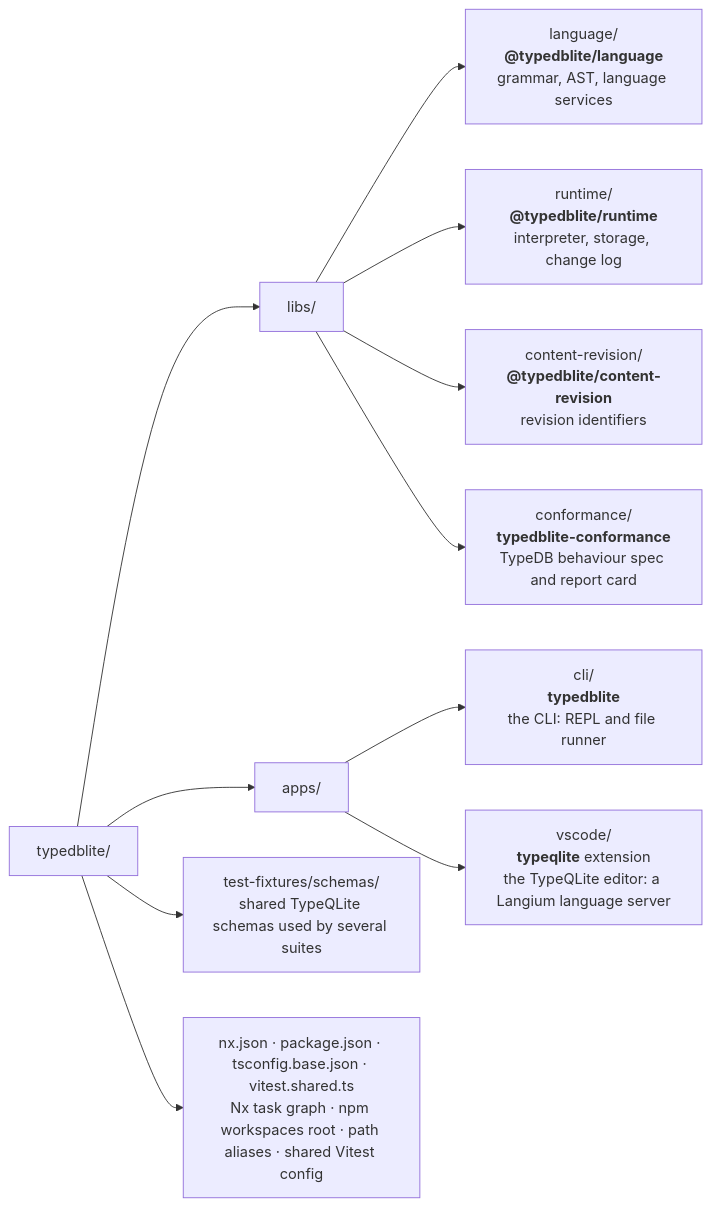
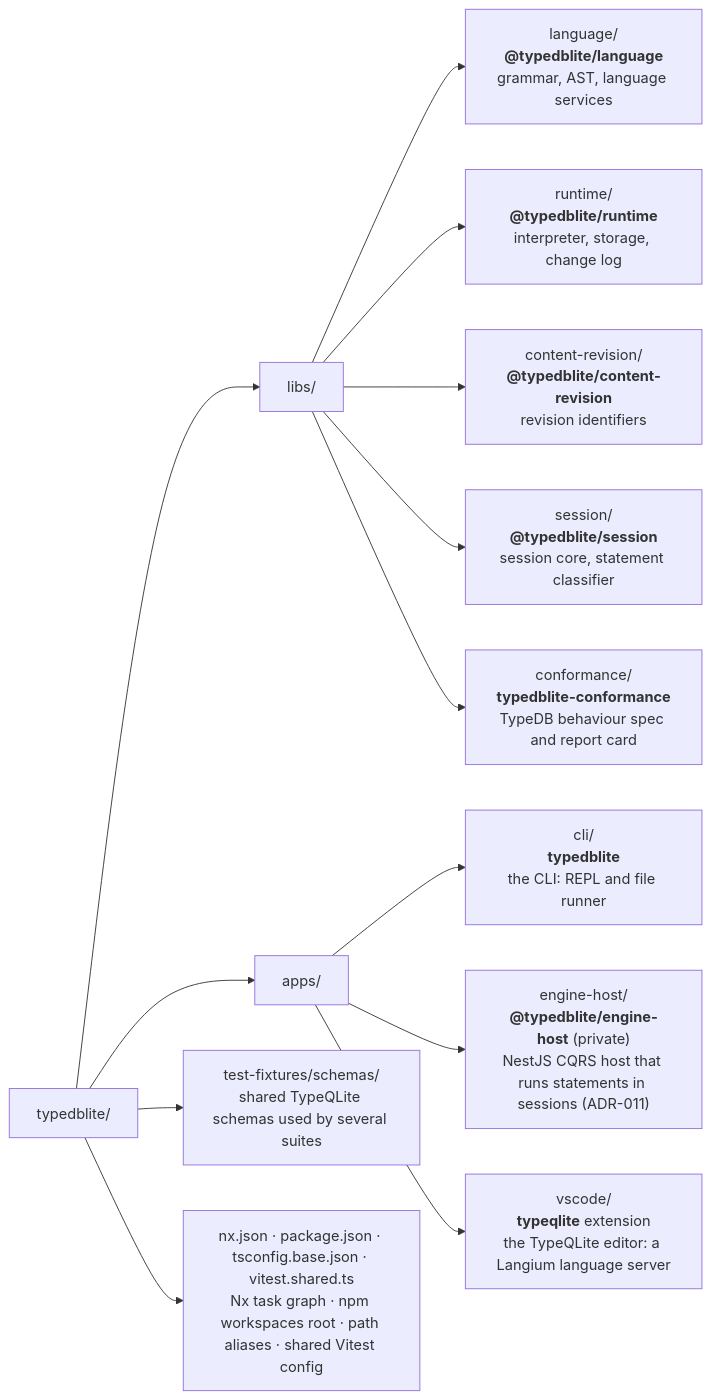
Before and after one commit to typedblite/typedblite: the first of 2 diagrams in AGENTS.md, drawn with Mermaid. The commit also changed other lines of this file and 87 other files, not shown here.

First line of the commit message:
feat(engine-host): the core, and @typedblite/session shared with the CLI

````diff
--- a/AGENTS.md
+++ b/AGENTS.md
@@ -9,13 +9,15 @@
 ```mermaid
 flowchart LR
   root["typedblite/"] --> libs["libs/"]
   root --> apps["apps/"]
   root --> fixtures["test-fixtures/schemas/<br/>shared TypeQLite schemas used by several suites"]
   root --> config["nx.json · package.json · tsconfig.base.json · vitest.shared.ts<br/>Nx task graph · npm workspaces root · path aliases · shared Vitest config"]
   libs --> language["language/<br/><b>@typedblite/language</b><br/>grammar, AST, language services"]
   libs --> runtime["runtime/<br/><b>@typedblite/runtime</b><br/>interpreter, storage, change log"]
   libs --> revision["content-revision/<br/><b>@typedblite/content-revision</b><br/>revision identifiers"]
+  libs --> session["session/<br/><b>@typedblite/session</b><br/>session core, statement classifier"]
   libs --> conformance["conformance/<br/><b>typedblite-conformance</b><br/>TypeDB behaviour spec and report card"]
   apps --> cli["cli/<br/><b>typedblite</b><br/>the CLI: REPL and file runner"]
+  apps --> host["engine-host/<br/><b>@typedblite/engine-host</b> (private)<br/>NestJS CQRS host that runs statements in sessions (ADR-011)"]
   apps --> vscode["vscode/<br/><b>typeqlite</b> extension<br/>the TypeQLite editor: a Langium language server"]
 ```
````
